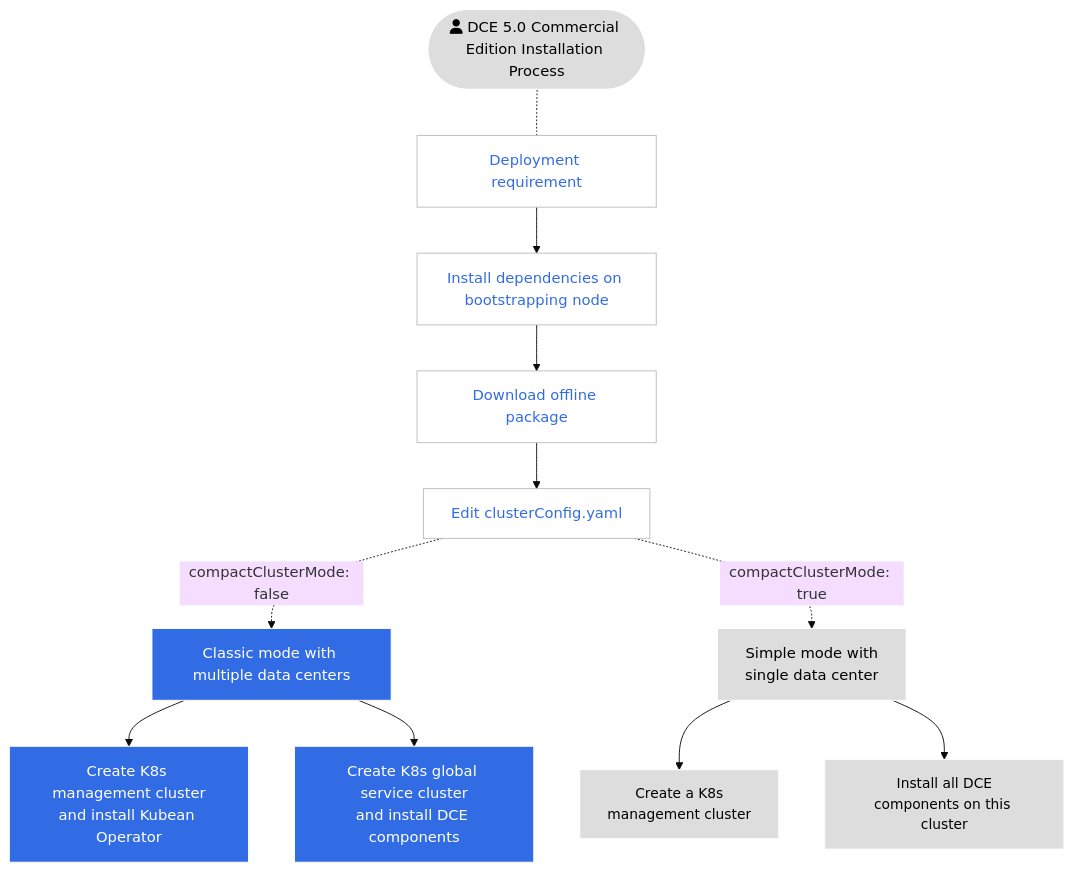
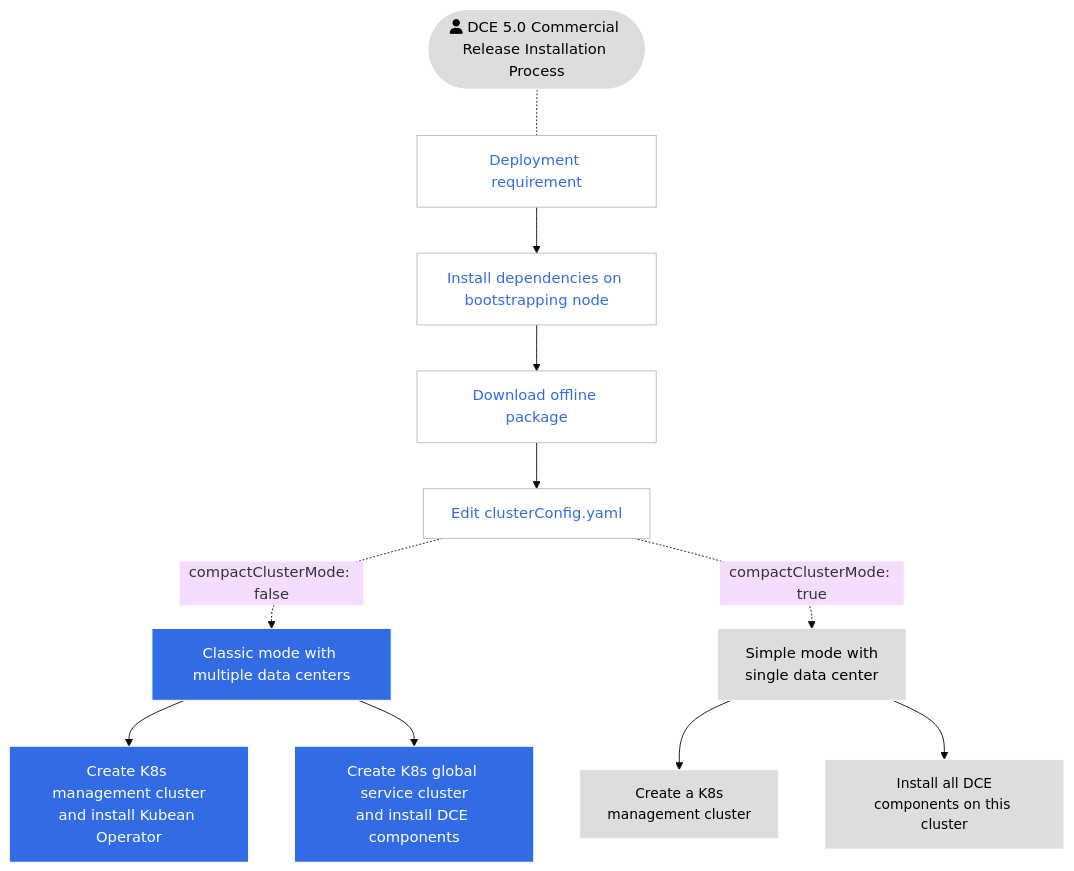
Before and after one commit to DaoCloud/DaoCloud-docs: the second of 2 diagrams in docs/en/docs/install/intro.md, drawn with Mermaid (base theme). The commit also changed other lines of this file and 31 other files, not shown here.

````diff
--- a/docs/en/docs/install/intro.md
+++ b/docs/en/docs/install/intro.md
@@ -78,34 +78,34 @@
 ```mermaid
 flowchart TB
 
-    start([fa:fa-user DCE 5.0 Commercial Edition Installation Process]) -.- deploy[Deployment requirement]
+    start([fa:fa-user DCE 5.0 Commercial Release Installation Process]) -.- deploy[Deployment requirement]
     deploy --> tools[Install dependencies on bootstrapping node]
     tools --> download[Download offline package]
     download --> config[Edit clusterConfig.yaml]
 
     config -.compactClusterMode: false.-> typical[Classic mode with multiple data centers]
     typical --> mng2[Create K8s management cluster<br>and install Kubean Operator]
     typical --> gsc2[Create K8s global service cluster<br>and install DCE components]
 
     config -.compactClusterMode: true.-> simple[Simple mode with<br>single data center]
     simple --> k8s1[Create a K8s<br>management cluster]
     simple --> gsc1[Install all DCE<br>components on this cluster]
 
 classDef grey fill:#dddddd,stroke:#ffffff,stroke-width:1px,color:#000000, font-size:15px;
 classDef white fill:#ffffff,stroke:#000,stroke-width:1px,color:#000,font-weight:bold
 classDef spacewhite fill:#ffffff,stroke:#fff,stroke-width:0px,color:#000
 classDef plain fill:#ddd,stroke:#fff,stroke-width:1px,color:#000;
 classDef k8s fill:#326ce5,stroke:#fff,stroke-width:1px,color:#fff;
 classDef cluster fill:#fff,stroke:#bbb,stroke-width:1px,color:#326ce5;
 
 class deploy,tools,download,config cluster
 class typical,k8s,mng2,gsc2,k8s2 k8s
 class simple,start plain
 class gsc1,k8s1 grey
 
 click deploy "https://docs.daocloud.io/en/install/commercial/deploy-plan/"
 click tools "https://docs.daocloud.io/en/install/install-tools/"
 click download "https://docs.daocloud.io/en/install/commercial/download-file/"
 click config "https://docs.daocloud.io/en/install/commercial/clusterconfig/"
 click typical,simple "https://docs.daocloud.io/en/install/commercial/start-install/"
 ```
````
